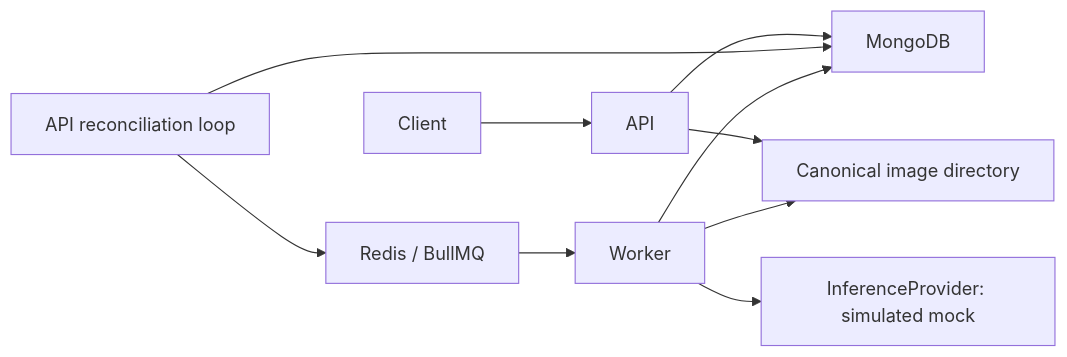
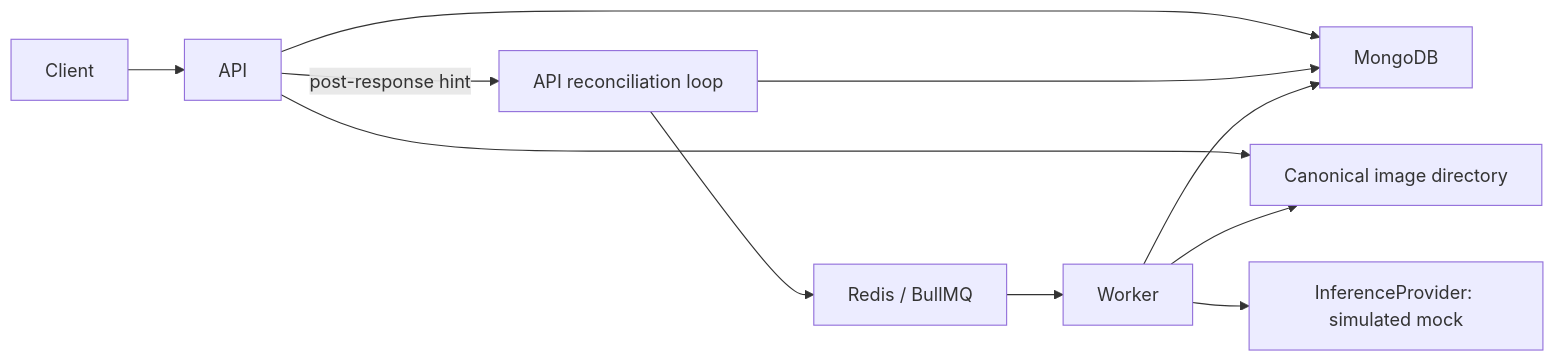
One commit to ThePhysic/visual-inspection-platform changed the diagram in docs/inspection-pipeline.md. Above: the diagram before and after it, drawn with Mermaid. The commit also changed other lines of this file and 16 other files, not shown here.

````diff
--- a/docs/inspection-pipeline.md
+++ b/docs/inspection-pipeline.md
@@ -10,12 +11,13 @@
 ```mermaid
 flowchart LR
   Client --> API
   API --> MongoDB
   API --> Images[Canonical image directory]
+  API -->|post-response hint| Repair
   Repair[API reconciliation loop] --> MongoDB
   Repair --> Redis[Redis / BullMQ]
   Redis --> Worker
   Worker --> MongoDB
   Worker --> Images
   Worker --> Provider[InferenceProvider: simulated mock]
 ```
````
